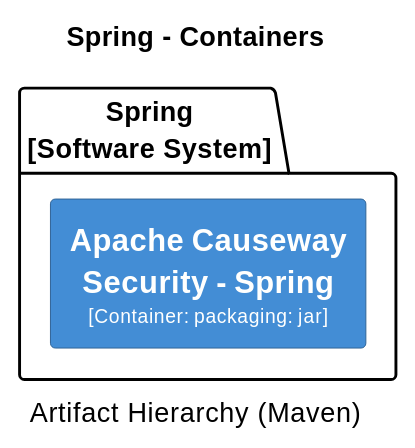
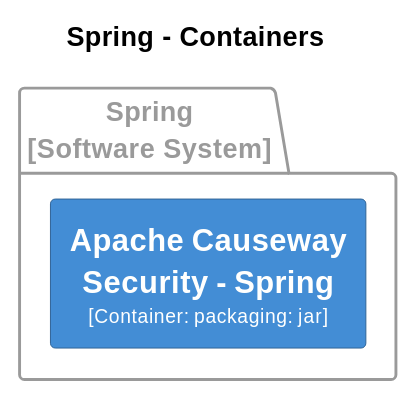
Diagram 14 of 31 in core/adoc/modules/_overview/pages/about.adoc (apache/causeway), drawn with PlantUML before and after one commit. The commit also changed other lines of this file and 7 other files, not shown here.

```diff
--- a/core/adoc/modules/_overview/pages/about.adoc
+++ b/core/adoc/modules/_overview/pages/about.adoc
@@ -2369,25 +2712,33 @@
 [plantuml,Spring,svg]
 ----
-@startuml(id=Spring)
+@startuml
+set separator none
 title Spring - Containers
-caption Artifact Hierarchy (Maven)
+
+left to right direction
 
 skinparam {
   shadowing false
   arrowFontSize 10
   defaultTextAlignment center
   wrapWidth 200
   maxMessageSize 100
 }
+
 hide stereotype
-left to right direction
-skinparam rectangle<<2>> {
+
+skinparam rectangle<<Spring.ApacheCausewaySecuritySpring>> {
   BackgroundColor #438dd5
   FontColor #fffffe
   BorderColor #2e6295
 }
-package "Spring\n[Software System]" {
-  rectangle "==Apache Causeway Security - Spring\n<size:10>[Container: packaging: jar]</size>" <<2>> as 2
+
+package "Spring\n[Software System]" <<Spring>> {
+  skinparam PackageBorderColor<<Spring>> #9a9a9a
+  skinparam PackageFontColor<<Spring>> #9a9a9a
+
+  rectangle "==Apache Causeway Security - Spring\n<size:10>[Container: packaging: jar]</size>" <<Spring.ApacheCausewaySecuritySpring>> as Spring.ApacheCausewaySecuritySpring
 }
+
 @enduml
 ----
```
